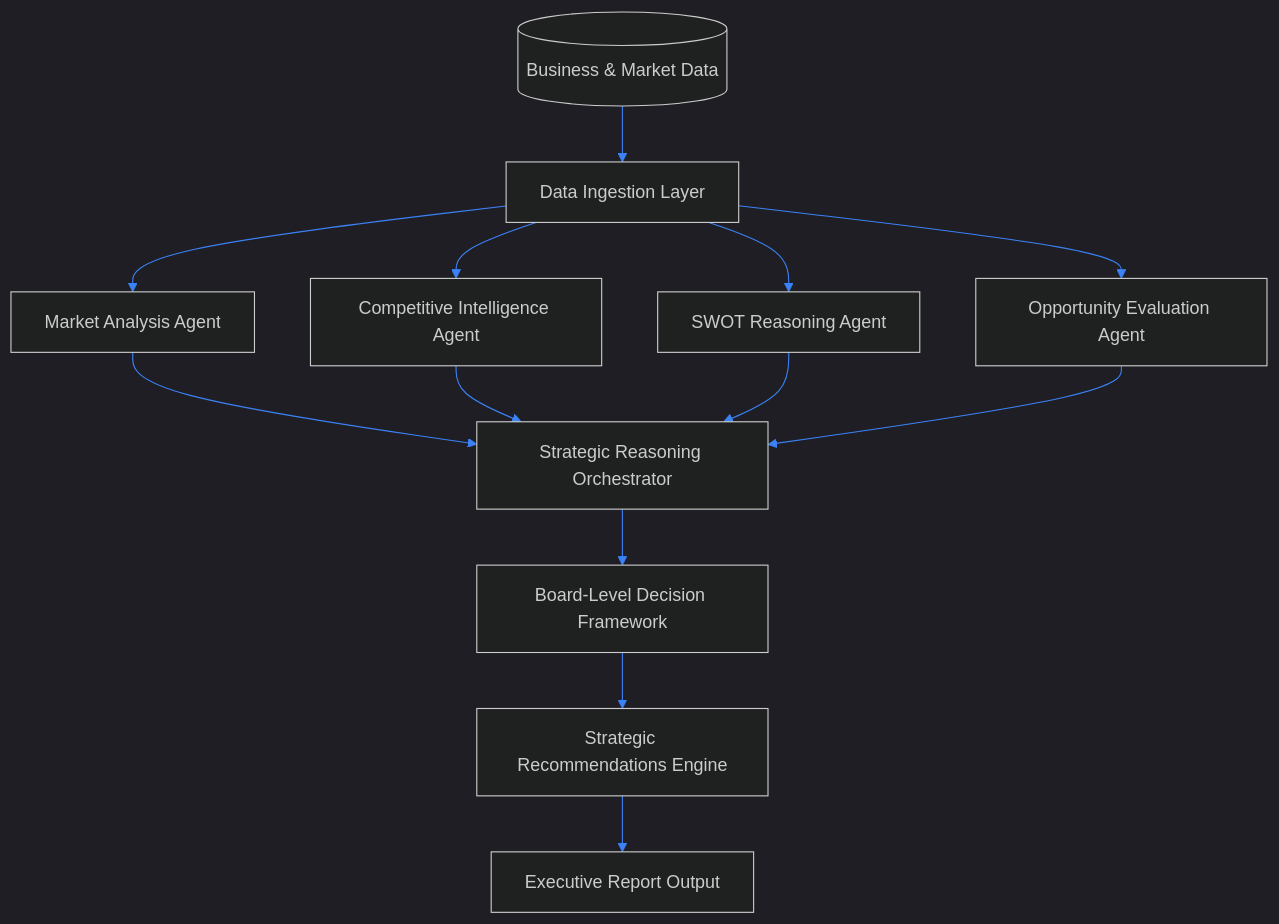
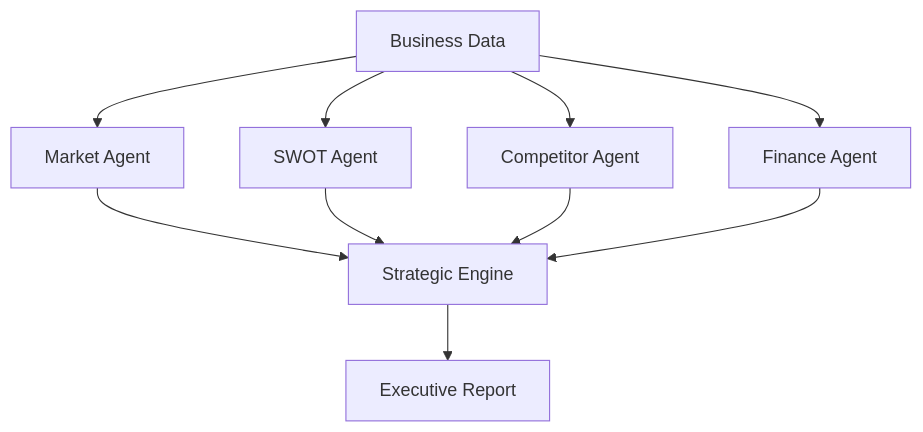
One commit to mohammedsohail7790/mohammedsohail7790 changed the second of 8 diagrams in README.md. Above: the diagram before and after it, drawn with Mermaid. The commit also changed other lines of this file, not shown here.

````diff
--- a/README.md
+++ b/README.md
@@ -127,16 +313,18 @@
 ```mermaid
-%%{init: {'theme':'dark', 'themeVariables': {'primaryColor':'#0A0E17','primaryTextColor':'#E5E7EB','primaryBorderColor':'#3B82F6','lineColor':'#3B82F6'}}}%%
 flowchart TD
-    A[(Business & Market Data)] --> B[Data Ingestion Layer]
-    B --> C[Market Analysis Agent]
-    B --> D[Competitive Intelligence Agent]
-    B --> E[SWOT Reasoning Agent]
-    B --> F[Opportunity Evaluation Agent]
-    C --> G[Strategic Reasoning Orchestrator]
-    D --> G
-    E --> G
-    F --> G
-    G --> H[Board-Level Decision Framework]
-    H --> I[Strategic Recommendations Engine]
-    I --> J[Executive Report Output]
+
+A[Business Data]
+
+A --> B[Market Agent]
+A --> C[SWOT Agent]
+A --> D[Competitor Agent]
+A --> E[Finance Agent]
+
+B --> F[Strategic Engine]
+C --> F
+D --> F
+E --> F
+
+F --> G[Executive Report]
+
 ```
````
